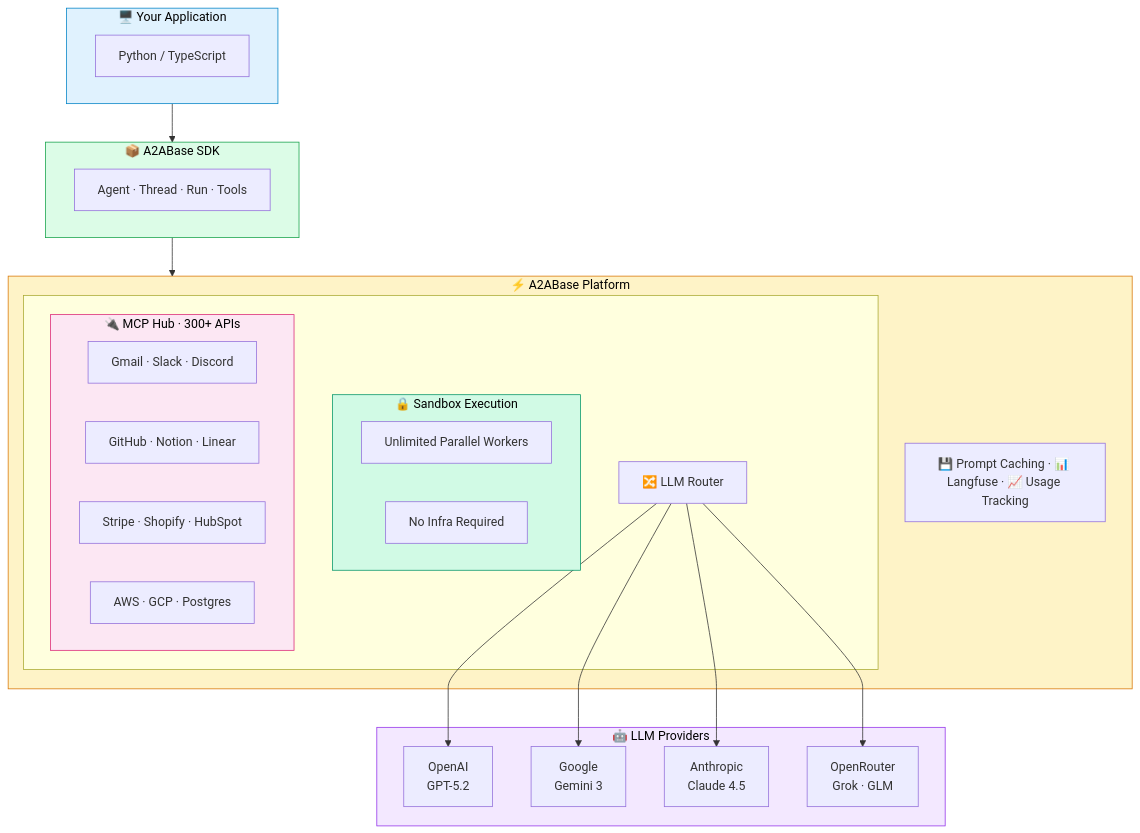
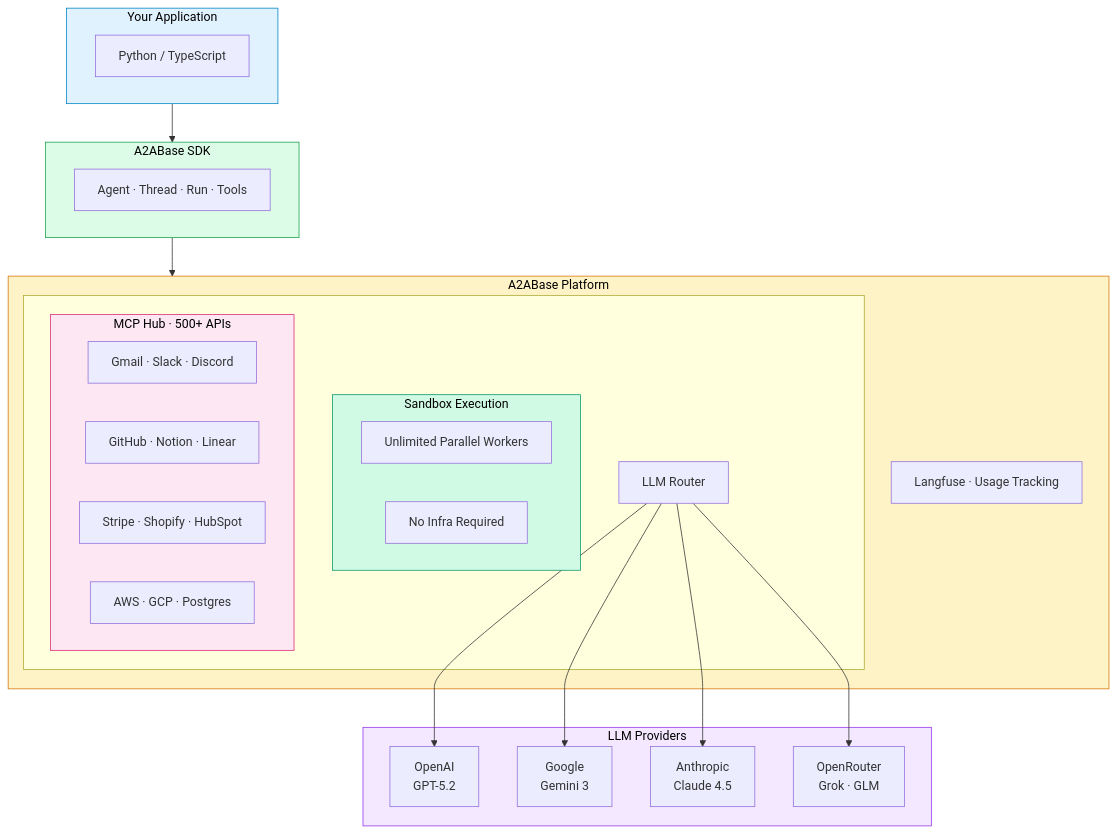
Before and after one commit to A2ABaseAI/sdks: the diagram in README.md, drawn with Mermaid. The commit also changed other lines of this file, not shown here.

````diff
--- a/README.md
+++ b/README.md
@@ -473,48 +56,48 @@
 ```mermaid
 flowchart TB
-    subgraph APP["🖥️ Your Application"]
+    subgraph APP["Your Application"]
         A[Python / TypeScript]
     end
 
-    subgraph SDK["📦 A2ABase SDK"]
+    subgraph SDK["A2ABase SDK"]
         B[Agent · Thread · Run · Tools]
     end
 
-    subgraph PLATFORM["⚡ A2ABase Platform"]
+    subgraph PLATFORM["A2ABase Platform"]
         subgraph SERVICES[" "]
-            C[🔀 LLM Router]
-            subgraph SANDBOX["🔒 Sandbox Execution"]
+            C[LLM Router]
+            subgraph SANDBOX["Sandbox Execution"]
                 D1[Unlimited Parallel Workers]
                 D2[No Infra Required]
             end
-            subgraph MCP["🔌 MCP Hub · 300+ APIs"]
+            subgraph MCP["MCP Hub · 500+ APIs"]
                 E1[Gmail · Slack · Discord]
                 E2[GitHub · Notion · Linear]
                 E3[Stripe · Shopify · HubSpot]
                 E4[AWS · GCP · Postgres]
             end
         end
-        F[💾 Prompt Caching · 📊 Langfuse · 📈 Usage Tracking]
+        F[Langfuse · Usage Tracking]
     end
 
-    subgraph PROVIDERS["🤖 LLM Providers"]
+    subgraph PROVIDERS["LLM Providers"]
         G[OpenAI<br/>GPT-5.2]
         H[Google<br/>Gemini 3]
         I[Anthropic<br/>Claude 4.5]
         J[OpenRouter<br/>Grok · GLM]
     end
 
     APP --> SDK
     SDK --> PLATFORM
     C --> G
     C --> H
     C --> I
     C --> J
 
     style APP fill:#e0f2fe,stroke:#0284c7,color:#000
     style SDK fill:#dcfce7,stroke:#16a34a,color:#000
     style PLATFORM fill:#fef3c7,stroke:#d97706,color:#000
     style PROVIDERS fill:#f3e8ff,stroke:#9333ea,color:#000
     style MCP fill:#fce7f3,stroke:#db2777,color:#000
     style SANDBOX fill:#d1fae5,stroke:#059669,color:#000
 ```
````
